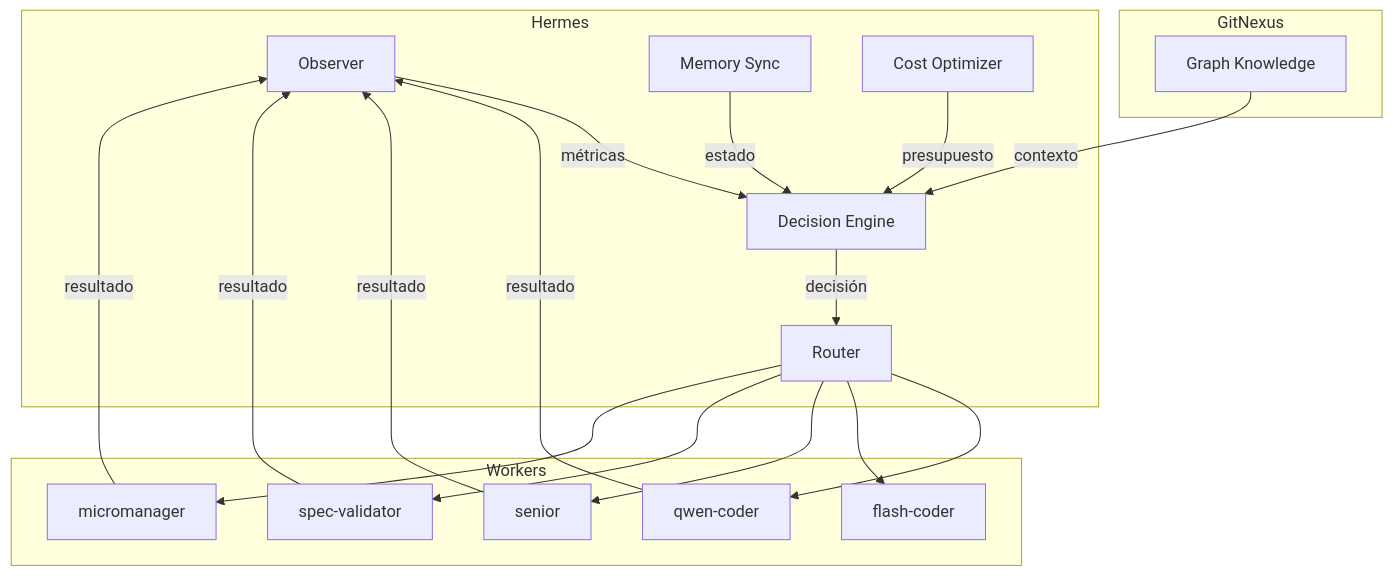
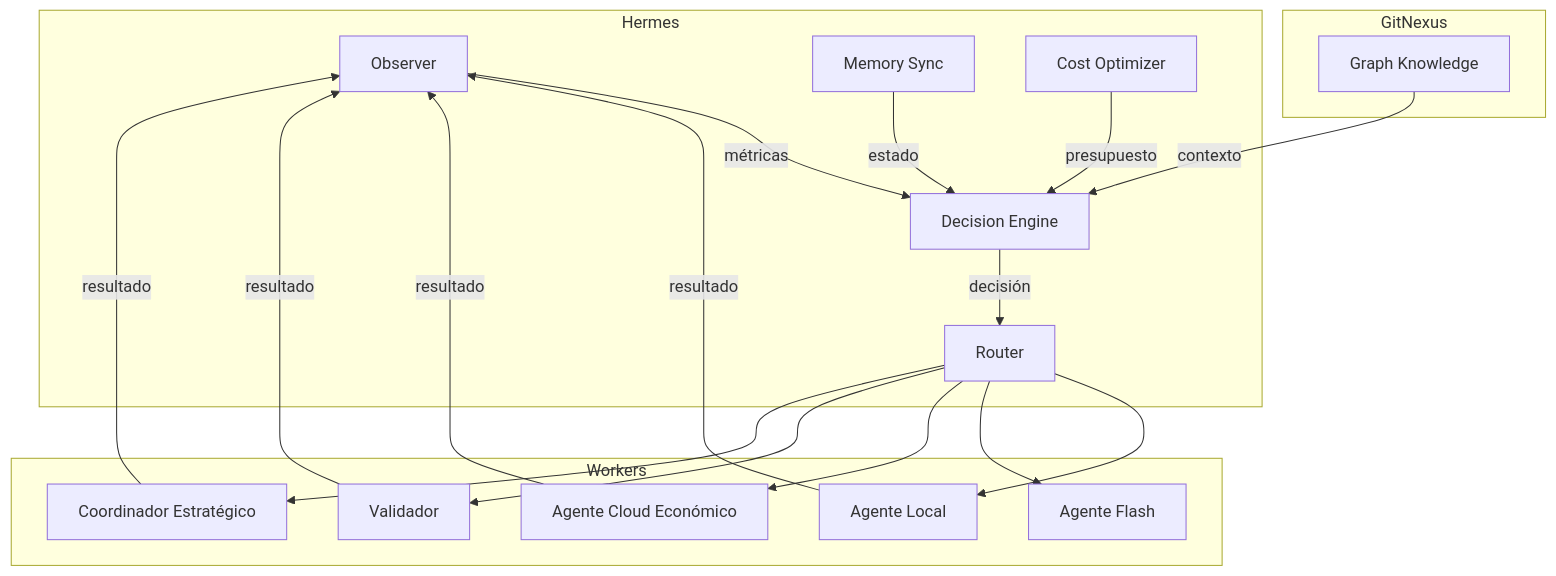
One commit to Aquilesnake/COALA-SwarmOps changed the second of 2 diagrams in docs/HERMES_NEXUS_ROADMAP.md. Above: the diagram before and after it, drawn with Mermaid. The commit also changed other lines of this file and 6 other files, not shown here.

````diff
--- a/docs/HERMES_NEXUS_ROADMAP.md
+++ b/docs/HERMES_NEXUS_ROADMAP.md
@@ -111,37 +110,37 @@
 ```mermaid
 graph TB
     subgraph Hermes
         OBS[Observer]
         DEC[Decision Engine]
         ROUT[Router]
         MEM[Memory Sync]
         COST[Cost Optimizer]
     end
 
     subgraph Workers
-        T0[qwen-coder]
-        T05[flash-coder]
-        T1[senior]
-        T2[spec-validator]
-        T3[micromanager]
+        T0[Agente Local]
+        T05[Agente Flash]
+        T1[Agente Cloud Económico]
+        T2[Validador]
+        T3[Coordinador Estratégico]
     end
 
     subgraph GitNexus
         GRAPH[Graph Knowledge]
     end
 
     OBS -->|métricas| DEC
     GRAPH -->|contexto| DEC
     MEM -->|estado| DEC
     COST -->|presupuesto| DEC
     DEC -->|decisión| ROUT
     ROUT --> T0
     ROUT --> T05
     ROUT --> T1
     ROUT --> T2
     ROUT --> T3
     T0 -->|resultado| OBS
     T1 -->|resultado| OBS
     T2 -->|resultado| OBS
     T3 -->|resultado| OBS
 ```
````
